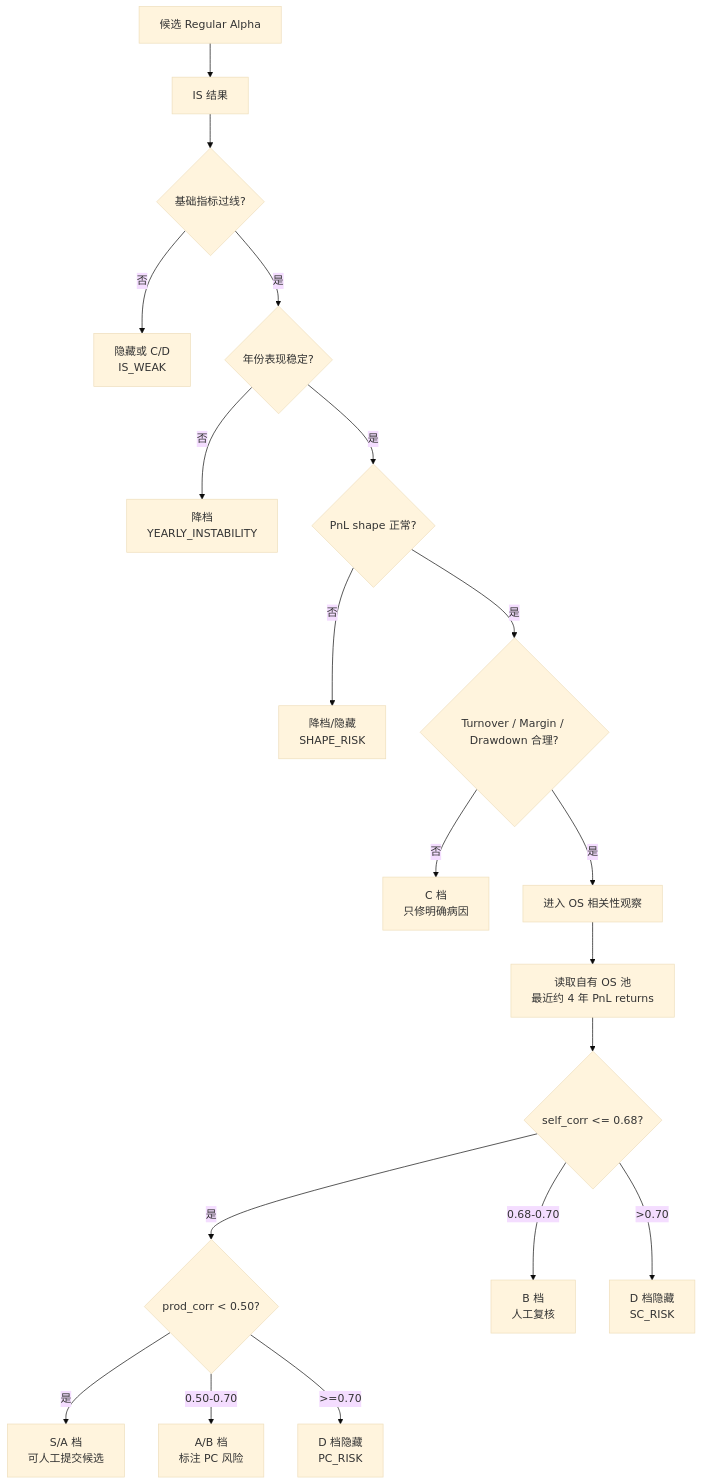
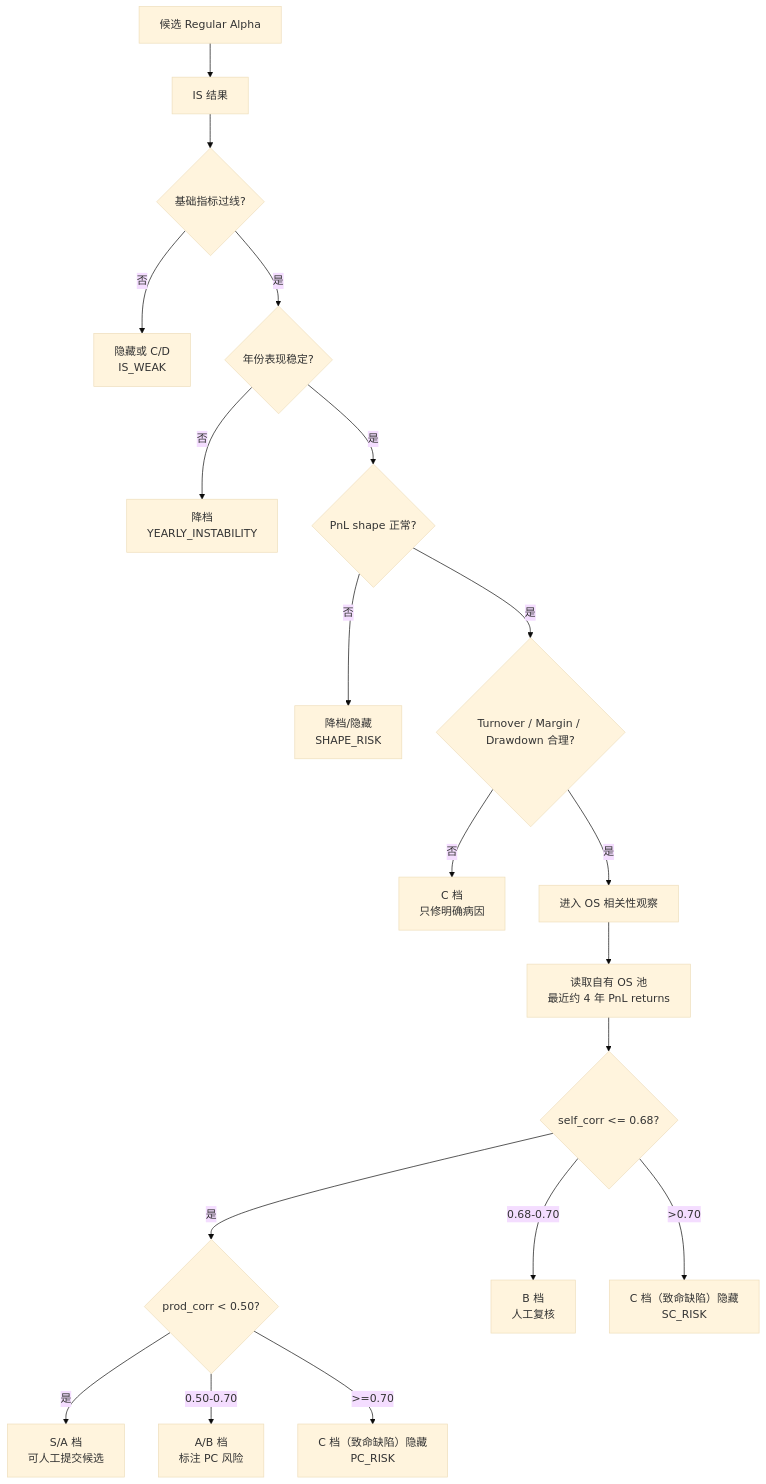
One commit to LuckDogGuan/WQ-Consultant changed the third of 3 diagrams in doc/workflow/candidate_submission_workflow.md. Above: the diagram before and after it, drawn with Mermaid (base theme). The commit also changed other lines of this file and 35 other files, not shown here.

````diff
--- a/doc/workflow/candidate_submission_workflow.md
+++ b/doc/workflow/candidate_submission_workflow.md
@@ -191,21 +191,21 @@
 ```mermaid
 flowchart TD
     A["候选 Regular Alpha"] --> B["IS 结果"]
     B --> C{"基础指标过线?"}
     C -->|否| C1["隐藏或 C/D<br/>IS_WEAK"]
     C -->|是| D{"年份表现稳定?"}
     D -->|否| D1["降档<br/>YEARLY_INSTABILITY"]
     D -->|是| E{"PnL shape 正常?"}
     E -->|否| E1["降档/隐藏<br/>SHAPE_RISK"]
     E -->|是| F{"Turnover / Margin / Drawdown 合理?"}
     F -->|否| F1["C 档<br/>只修明确病因"]
     F -->|是| G["进入 OS 相关性观察"]
     G --> H["读取自有 OS 池<br/>最近约 4 年 PnL returns"]
     H --> I{"self_corr <= 0.68?"}
     I -->|是| J{"prod_corr < 0.50?"}
     I -->|0.68-0.70| I1["B 档<br/>人工复核"]
-    I -->|>0.70| I2["D 档隐藏<br/>SC_RISK"]
+    I -->|>0.70| I2["C 档（致命缺陷）隐藏<br/>SC_RISK"]
     J -->|是| K["S/A 档<br/>可人工提交候选"]
     J -->|0.50-0.70| J1["A/B 档<br/>标注 PC 风险"]
-    J -->|>=0.70| J2["D 档隐藏<br/>PC_RISK"]
+    J -->|>=0.70| J2["C 档（致命缺陷）隐藏<br/>PC_RISK"]
 ```
````
